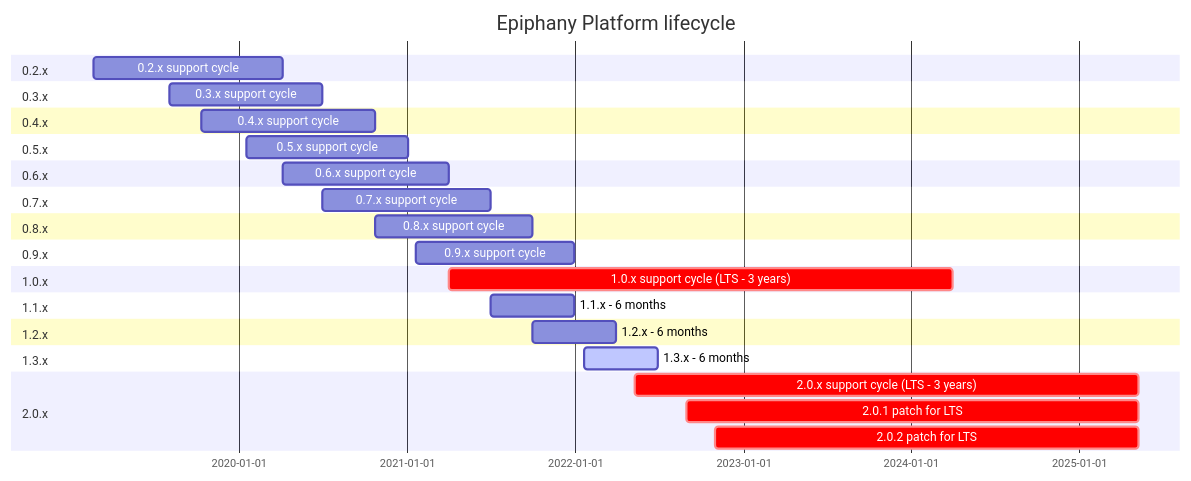
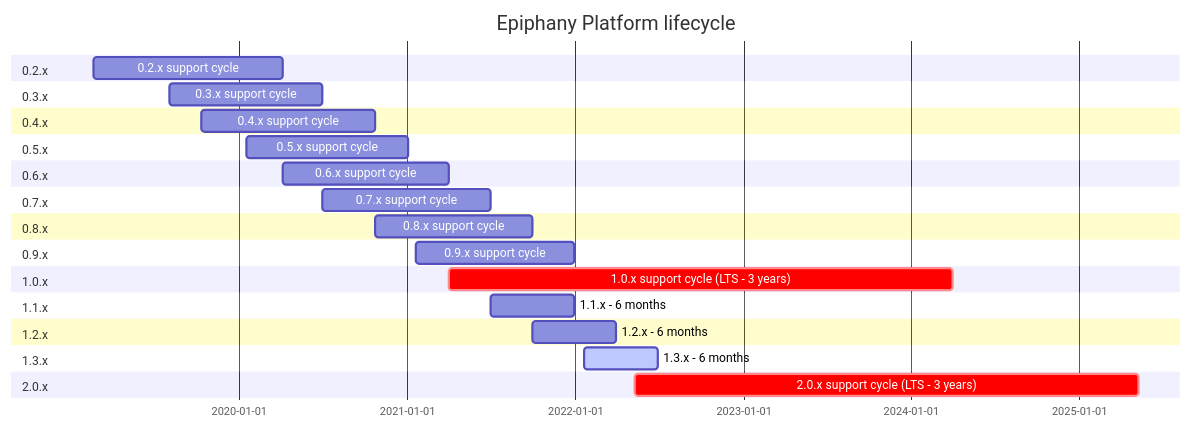
One commit to hitachienergy/epiphany changed the diagram in docs/home/LIFECYCLE.md. Above: the diagram before and after it, drawn with Mermaid. The commit also changed other lines of this file, not shown here.

````diff
--- a/docs/home/LIFECYCLE.md
+++ b/docs/home/LIFECYCLE.md
@@ -40,33 +38,31 @@
 ```mermaid
 gantt
 title Epiphany Platform lifecycle
 dateFormat  YYYY-MM-DD
 section 0.2.x
 0.2.x support cycle     :a, 2019-02-19, 2020-04-06
 section 0.3.x
 0.3.x support cycle     :a, 2019-08-02, 2020-07-01
 section 0.4.x
 0.4.x support cycle     :a, 2019-10-11, 2020-10-22
 section 0.5.x
 0.5.x support cycle     :a, 2020-01-17, 2021-01-02
 section 0.6.x
 0.6.x support cycle     :a, 2020-04-06, 2021-04-01
 section 0.7.x
 0.7.x support cycle     :a, 2020-07-01, 2021-06-30
 section 0.8.x
 0.8.x support cycle     :a, 2020-10-22, 2021-09-30
 section 0.9.x
 0.9.x support cycle      :a, 2021-01-19, 2021-12-30
 section 1.0.x
 1.0.x support cycle (LTS - 3 years)    :crit, 2021-04-01, 2024-04-01
 section 1.1.x
 1.1.x - 6 months     :a, 2021-06-30, 2021-12-30
 section 1.2.x
 1.2.x - 6 months     :a, 2021-09-30, 2022-03-30
 section 1.3.x
 1.3.x - 6 months     :active, 2022-01-19, 2022-06-30
 section 2.0.x
 2.0.x support cycle (LTS - 3 years)     :crit, 2022-05-09, 2025-05-09
-2.0.1 patch for LTS     :crit, 2022-08-31, 2025-05-09
-2.0.2 patch for LTS     :crit, 2022-10-31, 2025-05-09
 ```
````
